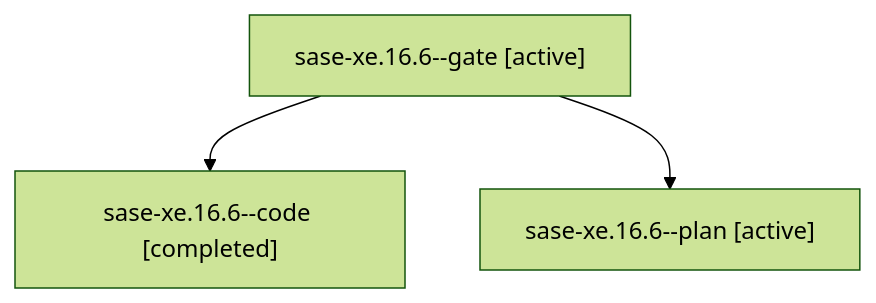
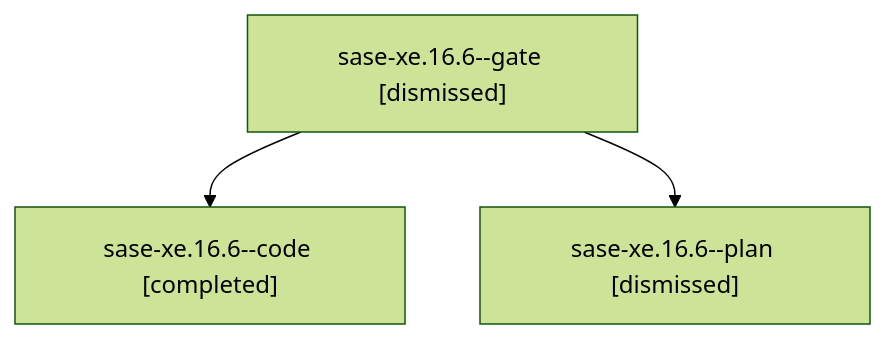
Before and after one commit to sase-org/sase--agents: the diagram in sessions/bbugyi200.athena.sase-xe.16.6.md, drawn with Mermaid (forest theme). The commit also changed other lines of this file and 277 other files, not shown here.

````diff
--- a/sessions/bbugyi200.athena.sase-xe.16.6.md
+++ b/sessions/bbugyi200.athena.sase-xe.16.6.md
@@ -9,8 +9,8 @@
 ```mermaid
 flowchart TD
-  n0["sase-xe.16.6--gate [active]"]
+  n0["sase-xe.16.6--gate [dismissed]"]
   n1["sase-xe.16.6--code [completed]"]
   n0 --> n1
-  n2["sase-xe.16.6--plan [active]"]
+  n2["sase-xe.16.6--plan [dismissed]"]
   n0 --> n2
 ```
````
